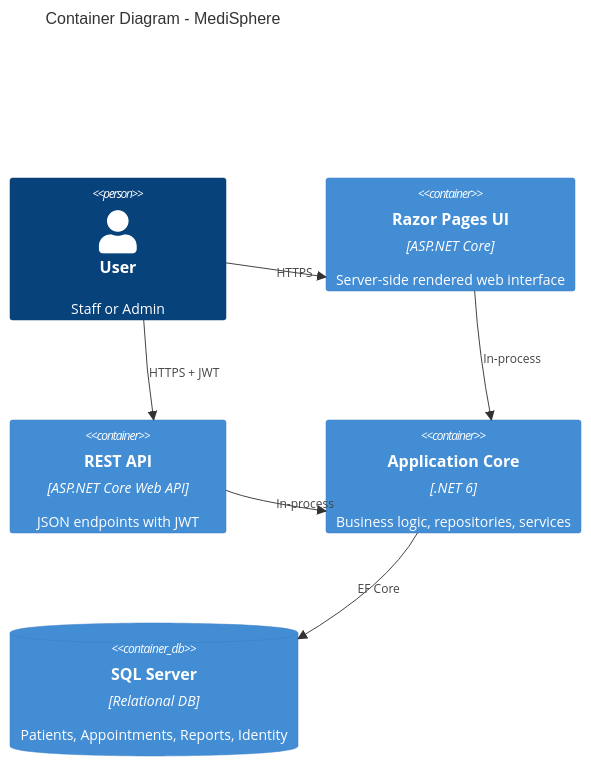
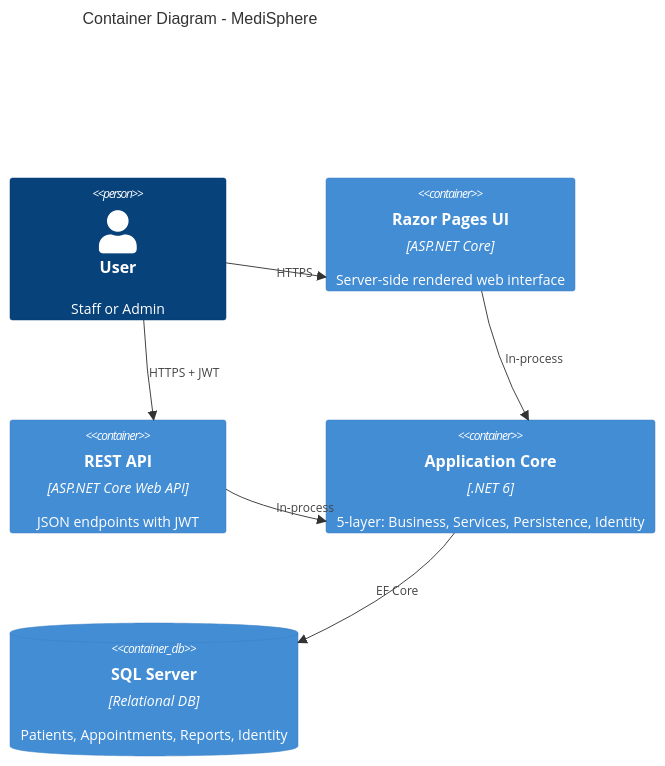
Before and after one commit to AManWhoCantCoding/Do_An_SA: the second of 5 diagrams in docs/SA_REPORT.md, drawn with Mermaid. The commit also changed other lines of this file and 13 other files, not shown here.

````diff
--- a/docs/SA_REPORT.md
+++ b/docs/SA_REPORT.md
@@ -143,15 +143,15 @@
 ```mermaid
 C4Container
     title Container Diagram - MediSphere
     Person(user, "User", "Staff or Admin")
     Container(web, "Razor Pages UI", "ASP.NET Core", "Server-side rendered web interface")
     Container(api, "REST API", "ASP.NET Core Web API", "JSON endpoints with JWT")
-    Container(app, "Application Core", ".NET 6", "Business logic, repositories, services")
+    Container(app, "Application Core", ".NET 6", "5-layer: Business, Services, Persistence, Identity")
     ContainerDb(db, "SQL Server", "Relational DB", "Patients, Appointments, Reports, Identity")
 
     Rel(user, web, "HTTPS")
     Rel(user, api, "HTTPS + JWT")
     Rel(web, app, "In-process")
     Rel(api, app, "In-process")
     Rel(app, db, "EF Core")
 ```
````
